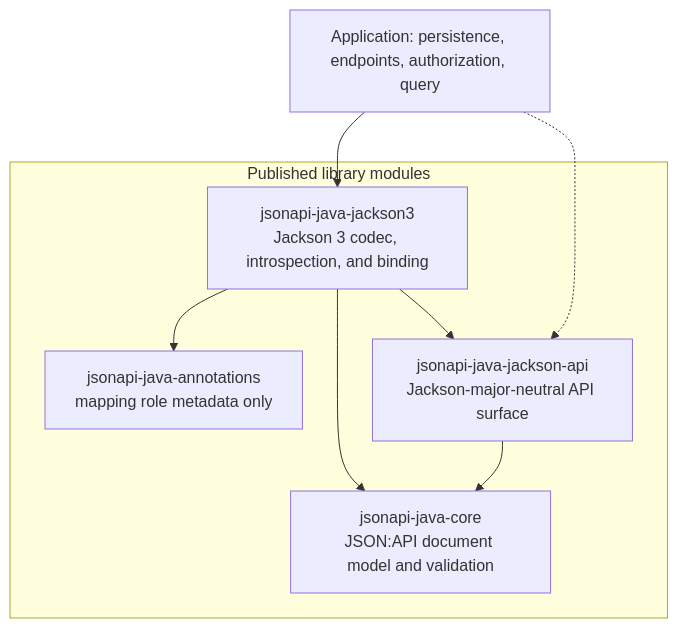
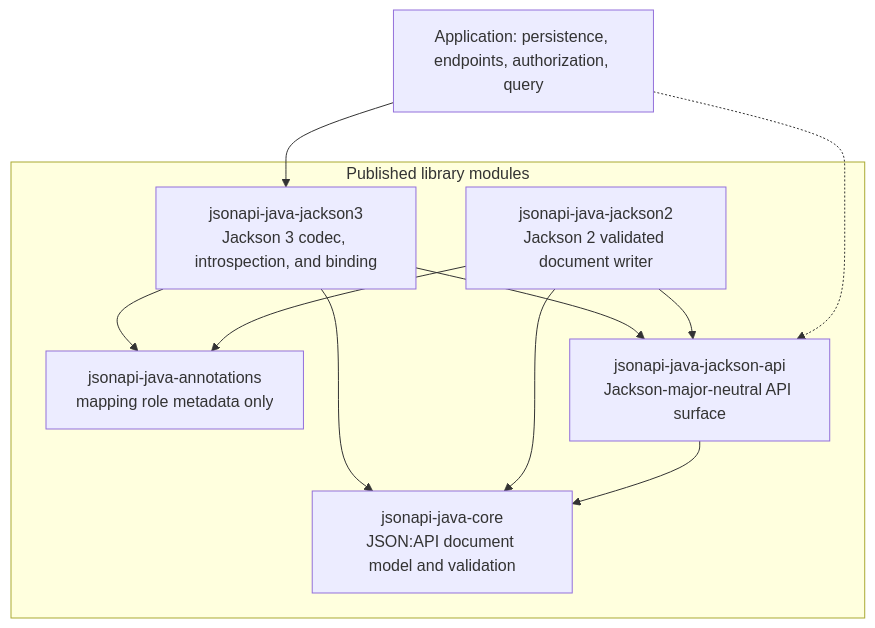
Before and after one commit to kazforge/jsonapi-java: the first of 6 diagrams in docs/architecture.md, drawn with Mermaid. The commit also changed other lines of this file and 22 other files, not shown here.

Commit message:
feat(jackson2): add module with validated document writer

````diff
--- a/docs/architecture.md
+++ b/docs/architecture.md
@@ -26,18 +27,22 @@
 ```mermaid
 flowchart TB
   subgraph published["Published library modules"]
     CORE["jsonapi-java-core<br/>JSON:API document model and validation"]
     ANN["jsonapi-java-annotations<br/>mapping role metadata only"]
     COMMON["jsonapi-java-jackson-api<br/>Jackson-major-neutral API surface"]
     J3["jsonapi-java-jackson3<br/>Jackson 3 codec, introspection, and binding"]
+    J2["jsonapi-java-jackson2<br/>Jackson 2 validated document writer"]
   end
 
   APP["Application: persistence, endpoints, authorization, query"]
 
   J3 --> COMMON
   J3 --> CORE
   J3 --> ANN
+  J2 --> COMMON
+  J2 --> CORE
+  J2 --> ANN
   COMMON --> CORE
   APP --> J3
   APP -.-> COMMON
 ```
````
